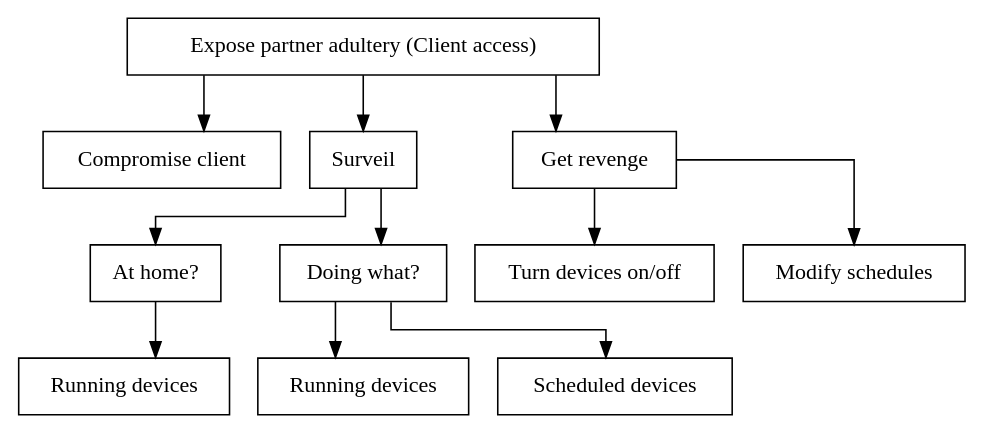
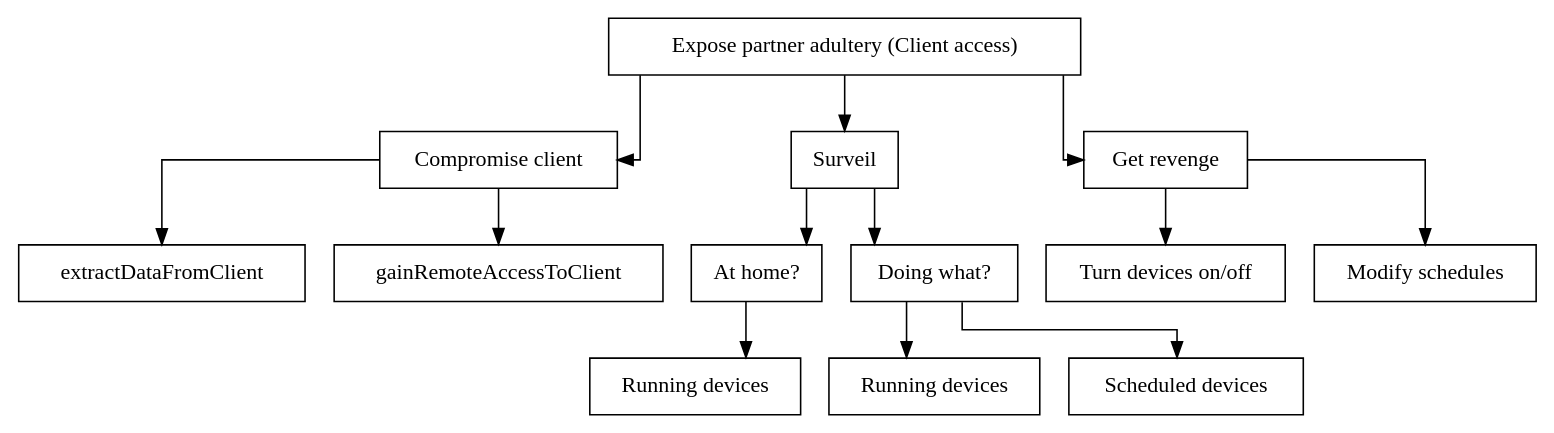
The diagram in figures/graphviz/partner_vs_consumer_client.dot (des904e15/report), drawn with Graphviz before and after one commit. The commit also changed 12 other files, not shown here.

```diff
--- a/figures/graphviz/partner_vs_consumer_client.dot
+++ b/figures/graphviz/partner_vs_consumer_client.dot
@@ -1,37 +1,38 @@
 digraph finite_state_machine {
   node [shape = rectangle];
   graph [splines=ortho];
 
   root[label = "Expose partner adultery (Client access)",shape=AND];
 
 
-    compromise_client[label="Compromise client"];
+    compromise_client[label="Compromise client", shape=OR];
     root->compromise_client;
+    compromise_client -> extractDataFromClient, gainRemoteAccessToClient;
 
   surveil[label="Surveil",shape=OR];
   root->surveil;
 
     at_home[label="At home?"];
     surveil->at_home
 
       running_devices[label="Running devices"];
       at_home->running_devices;
 
     doing_what[label="Doing what?",shape=OR];
     surveil->doing_what;
 
       running_devices2[label="Running devices"];
       doing_what->running_devices2;
 
       scheduled_devices[label="Scheduled devices"];
       doing_what->scheduled_devices;
 
   revenge[label="Get revenge",shape=OR];
   root->revenge;
 
     turn_onoff[label="Turn devices on/off"];
     revenge->turn_onoff;
 
     modify_schedules[label="Modify schedules"];
     revenge->modify_schedules;
 }
```
